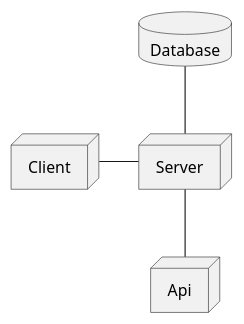
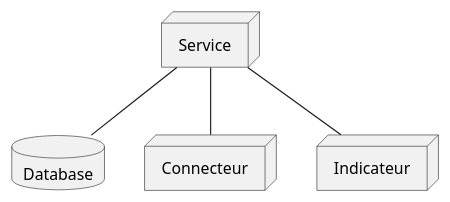
The second of 3 diagrams in dev-docs/specs/serveur.adoc (traderbook/documentation), drawn with PlantUML before and after one commit. The commit also changed other lines of this file and 9 other files, not shown here.

```diff
--- a/dev-docs/specs/serveur.adoc
+++ b/dev-docs/specs/serveur.adoc
@@ -5,11 +110,11 @@
 [plantuml, format="svg"]
 ....
-node Client
-node Server
+node Service
 database Database
-node Api
+node Connecteur
+node Indicateur
 
-Client -right- Server
-Server -up- Database
-Server -down- Api
+Service -down- Database
+Service -down- Connecteur
+Service -down- Indicateur
 ....
```
